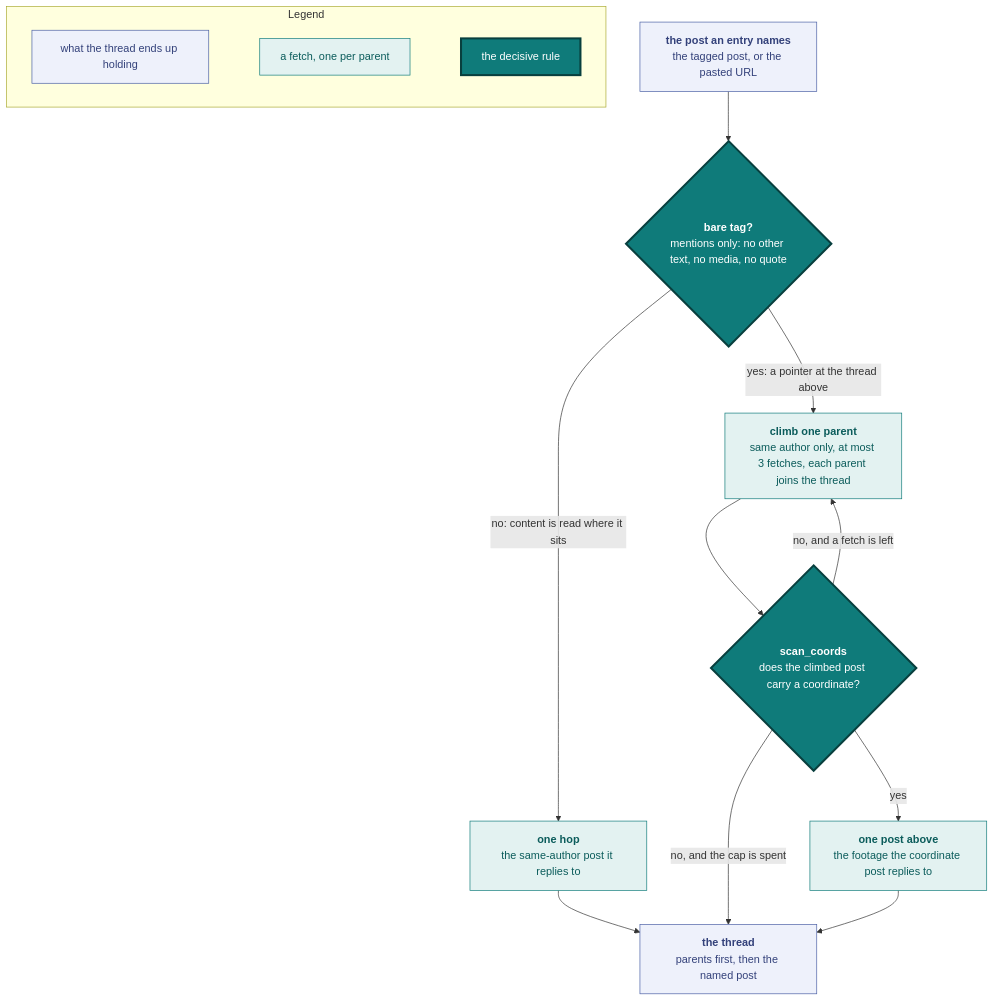
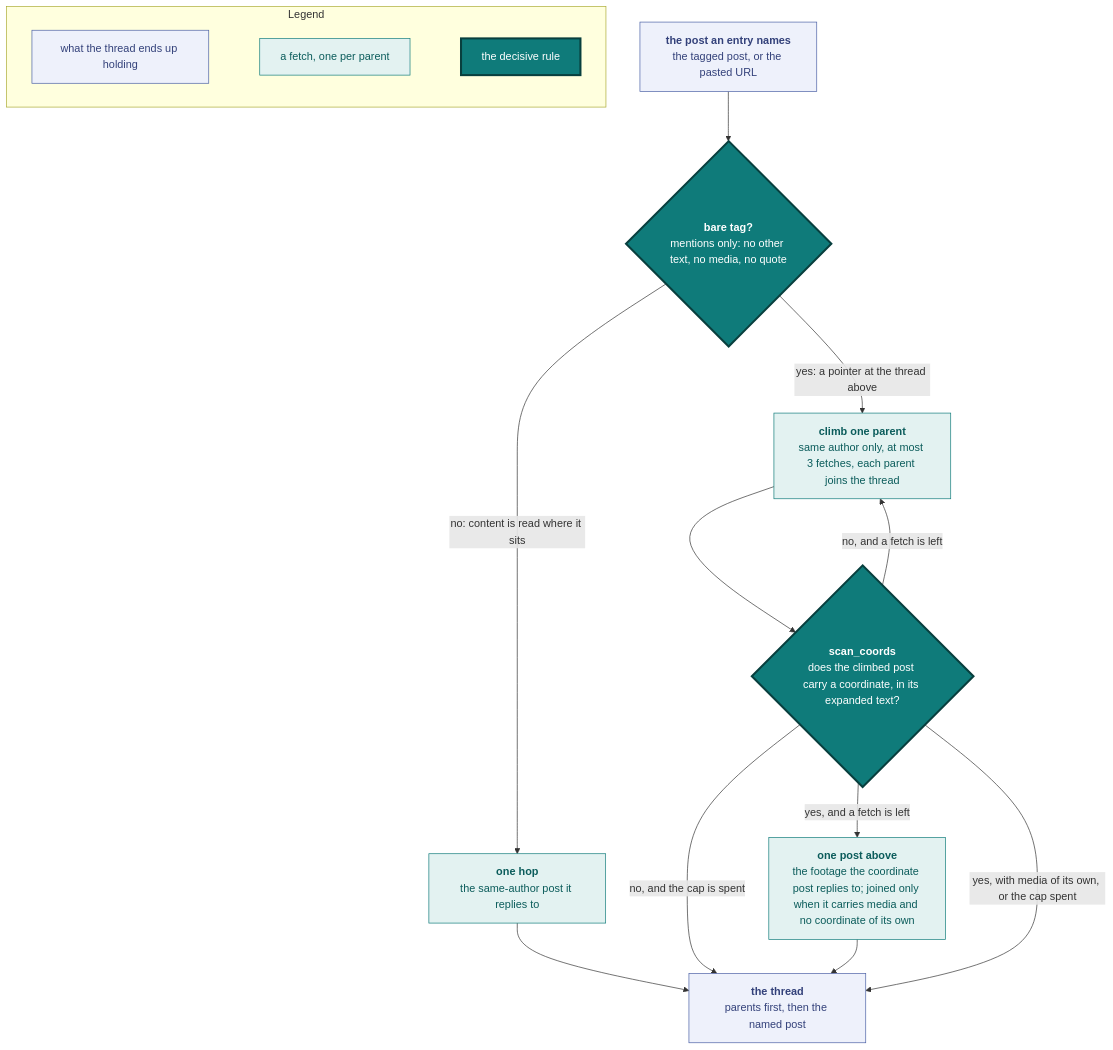
One commit to vidithq/vidit changed the third of 6 diagrams in docs/ingestion.md. Above: the diagram before and after it, drawn with Mermaid. The commit also changed other lines of this file and 11 other files, not shown here.

````diff
--- a/docs/ingestion.md
+++ b/docs/ingestion.md
@@ -147,36 +147,37 @@
 ```mermaid
 flowchart TD
   classDef spec fill:#eef1fb,stroke:#4a5fa5,color:#33417a
   classDef shared fill:#e3f2f1,stroke:#0f7b7a,color:#0b5c5b
   classDef core fill:#0f7b7a,stroke:#083f3e,stroke-width:3px,color:#ffffff
 
   subgraph legend [Legend]
     direction LR
     l1["`what the thread ends up holding`"]:::spec
     l2["`a fetch, one per parent`"]:::shared
     l3["`the decisive rule`"]:::core
     l1 ~~~ l2 ~~~ l3
   end
 
   post["`**the post an entry names**
   the tagged post, or the pasted URL`"]:::spec
   bare{"`**bare tag?**
   mentions only: no other text, no media, no quote`"}:::core
   hop["`**one hop**
   the same-author post it replies to`"]:::shared
   climb["`**climb one parent**
   same author only, at most 3 fetches, each parent joins the thread`"]:::shared
   coord{"`**scan_coords**
-  does the climbed post carry a coordinate?`"}:::core
+  does the climbed post carry a coordinate, in its expanded text?`"}:::core
   above["`**one post above**
-  the footage the coordinate post replies to`"]:::shared
+  the footage the coordinate post replies to; joined only when it carries media and no coordinate of its own`"]:::shared
   out["`**the thread**
   parents first, then the named post`"]:::spec
 
   post --> bare
   bare -- "no: content is read where it sits" --> hop --> out
   bare -- "yes: a pointer at the thread above" --> climb --> coord
   coord -- "no, and a fetch is left" --> climb
   coord -- "no, and the cap is spent" --> out
-  coord -- "yes" --> above --> out
+  coord -- "yes, and a fetch is left" --> above --> out
+  coord -- "yes, with media of its own, or the cap spent" --> out
 ```
````
